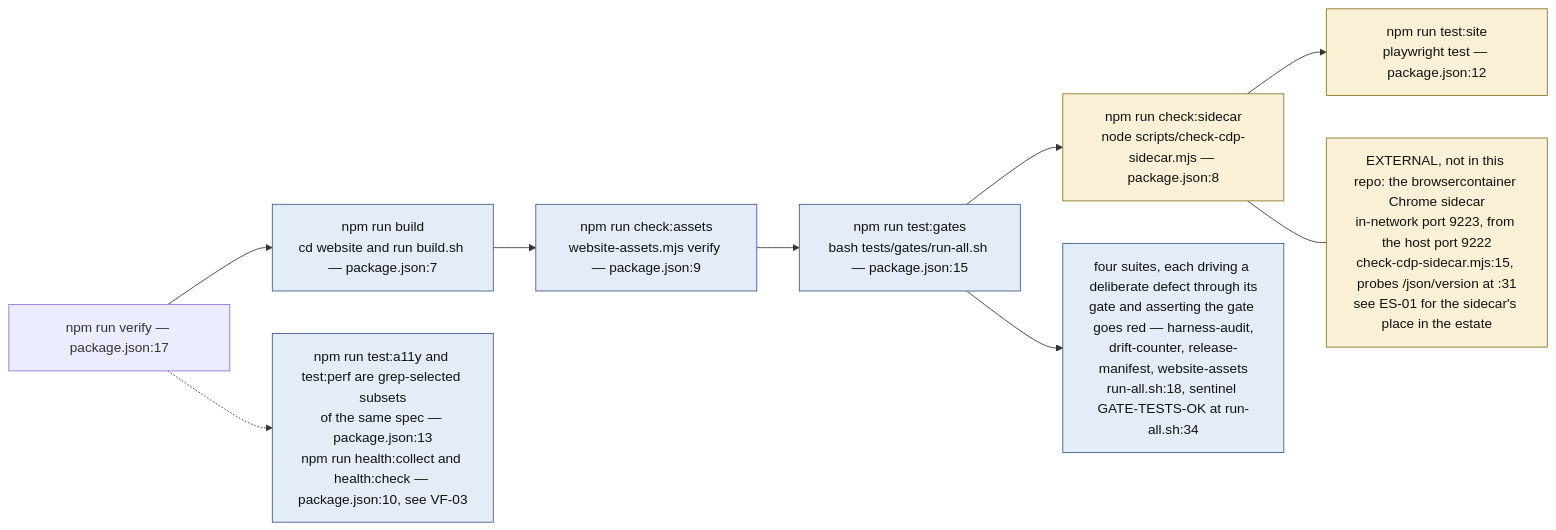
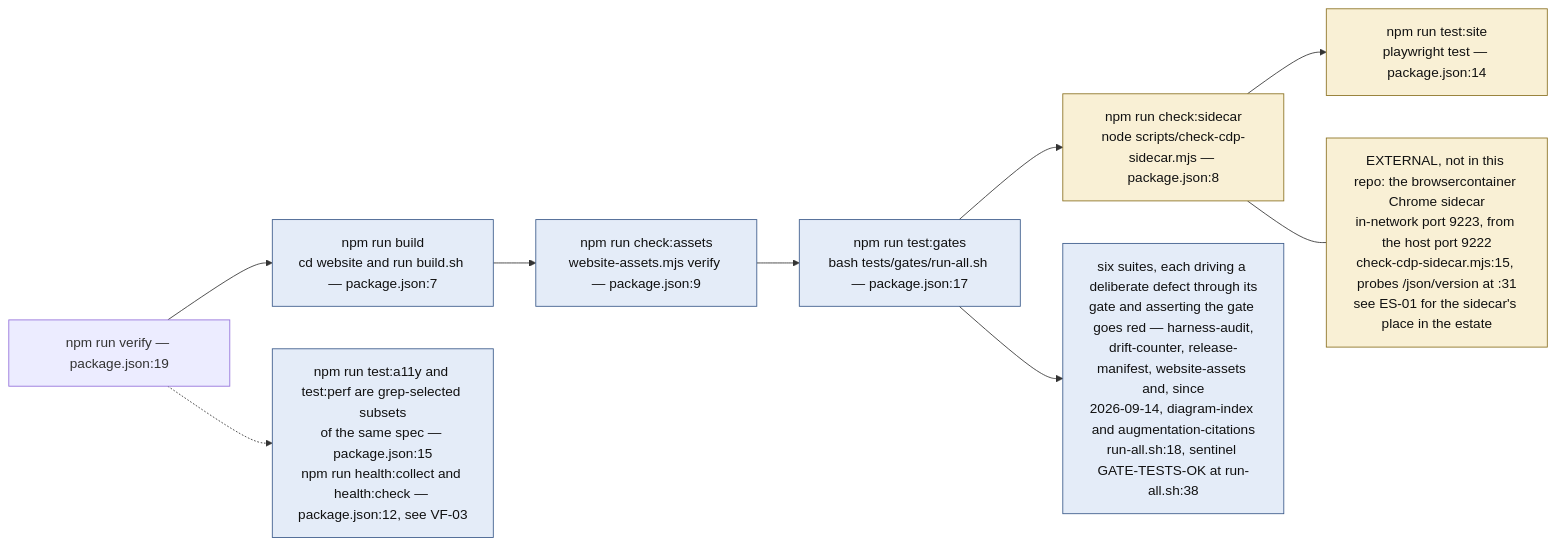
Before and after one commit to DreamLab-AI/VisionFlow: the ninth of 12 diagrams in docs/diagrams/visionflow/02-website-build-and-deploy.md, drawn with Mermaid. The commit also changed other lines of this file and 7 other files, not shown here.

````diff
--- a/docs/diagrams/visionflow/02-website-build-and-deploy.md
+++ b/docs/diagrams/visionflow/02-website-build-and-deploy.md
@@ -267,20 +268,20 @@
 ```mermaid
 flowchart LR
     classDef step fill:#e4ecf8,stroke:#3a5a8a,color:#111
     classDef needs fill:#f9f0d5,stroke:#8a7020,color:#111
 
-    V["npm run verify — package.json:17"]
+    V["npm run verify — package.json:19"]
     V --> S1["npm run build<br/>cd website and run build.sh — package.json:7"]:::step
     S1 --> S2["npm run check:assets<br/>website-assets.mjs verify — package.json:9"]:::step
-    S2 --> S3["npm run test:gates<br/>bash tests/gates/run-all.sh — package.json:15"]:::step
+    S2 --> S3["npm run test:gates<br/>bash tests/gates/run-all.sh — package.json:17"]:::step
     S3 --> S4["npm run check:sidecar<br/>node scripts/check-cdp-sidecar.mjs — package.json:8"]:::needs
-    S4 --> S5["npm run test:site<br/>playwright test — package.json:12"]:::needs
+    S4 --> S5["npm run test:site<br/>playwright test — package.json:14"]:::needs
 
-    S3 --> SUITES["four suites, each driving a deliberate defect through its<br/>gate and asserting the gate goes red — harness-audit,<br/>drift-counter, release-manifest, website-assets<br/>run-all.sh:18, sentinel GATE-TESTS-OK at run-all.sh:34"]:::step
+    S3 --> SUITES["six suites, each driving a deliberate defect through its<br/>gate and asserting the gate goes red — harness-audit,<br/>drift-counter, release-manifest, website-assets and, since<br/>2026-09-14, diagram-index and augmentation-citations<br/>run-all.sh:18, sentinel GATE-TESTS-OK at run-all.sh:38"]:::step
 
     SIDE["EXTERNAL, not in this repo: the browsercontainer Chrome sidecar<br/>in-network port 9223, from the host port 9222<br/>check-cdp-sidecar.mjs:15, probes /json/version at :31<br/>see ES-01 for the sidecar's place in the estate"]:::needs
     S4 --- SIDE
 
-    OTHER["npm run test:a11y and test:perf are grep-selected subsets<br/>of the same spec — package.json:13<br/>npm run health:collect and health:check — package.json:10, see VF-03"]:::step
+    OTHER["npm run test:a11y and test:perf are grep-selected subsets<br/>of the same spec — package.json:15<br/>npm run health:collect and health:check — package.json:12, see VF-03"]:::step
     V -.-> OTHER
 ```
````
